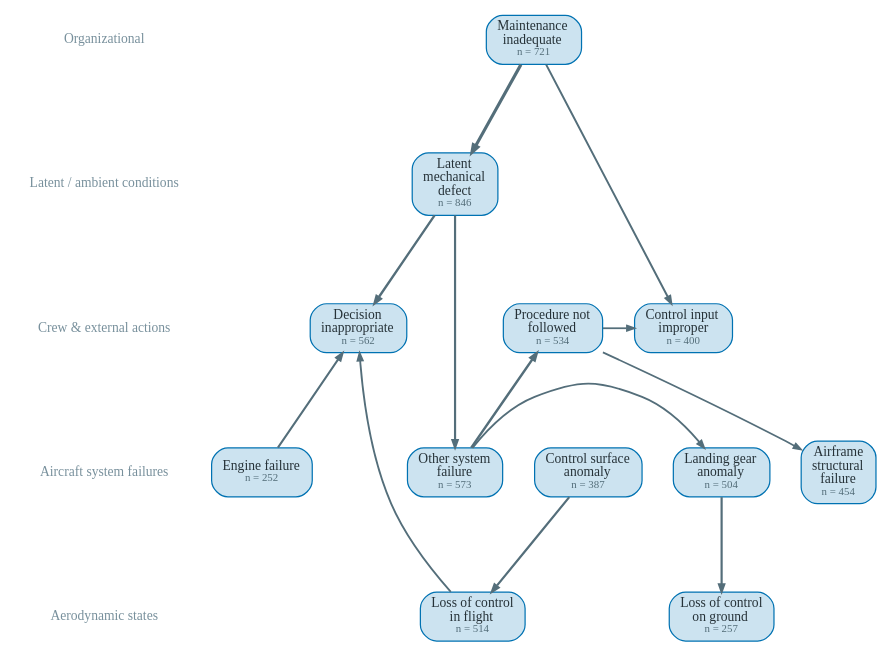
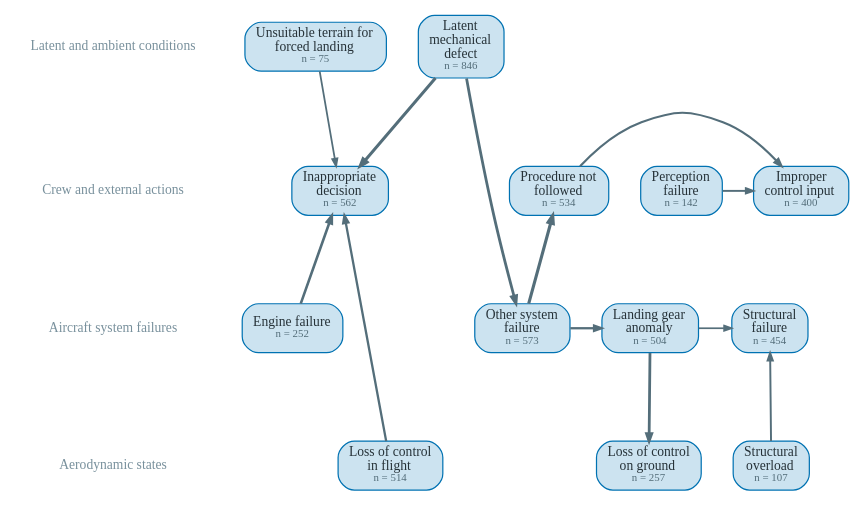
Before and after one commit to YutianPangASU/AviationSafetyReportKnowledgeGraph: the diagram in event_extraction/out/causation_kg/figures/dag_SCF-PP_top.gv, drawn with Graphviz. The commit also changed 13 other files, not shown here.

First line of the commit message:
Rename structural failure in figures, swap a PN case, document code map

```diff
--- a/event_extraction/out/causation_kg/figures/dag_SCF-PP_top.gv
+++ b/event_extraction/out/causation_kg/figures/dag_SCF-PP_top.gv
@@ -1,44 +1,42 @@
 digraph G {
   rankdir=TB; splines=spline; nodesep=0.32; ranksep=0.9;
   bgcolor="white";
   node [shape=box, style="rounded,filled", fillcolor="#CCE3F0", color="#0072B2", penwidth=0.9, fontname="Liberation Serif", fontsize=10, fontcolor="#263238", margin="0.11,0.06"];
   edge [color="#546E7A", arrowsize=0.55, fontname="Liberation Serif", fontsize=8, fontcolor="#546E7A"];
-  tier0 [shape=plaintext, style="", fillcolor=none, fontname="Liberation Serif Italic", fontsize=10, fontcolor="#78909C", label="Organizational"];
-  { rank=same; tier0; "MAINTENANCE_INADEQUATE" }
-  tier1 [shape=plaintext, style="", fillcolor=none, fontname="Liberation Serif Italic", fontsize=10, fontcolor="#78909C", label="Latent / ambient conditions"];
-  { rank=same; tier1; "LATENT_MECHANICAL_DEFECT" }
-  tier0 -> tier1 [style=invis];
-  tier3 [shape=plaintext, style="", fillcolor=none, fontname="Liberation Serif Italic", fontsize=10, fontcolor="#78909C", label="Crew & external actions"];
-  { rank=same; tier3; "DECISION_INAPPROPRIATE" "CONTROL_INPUT_IMPROPER" "PROCEDURE_NOT_FOLLOWED" }
+  tier1 [shape=plaintext, style="", fillcolor=none, fontname="Liberation Serif Italic", fontsize=10, fontcolor="#78909C", label="Latent and ambient conditions"];
+  { rank=same; tier1; "LATENT_MECHANICAL_DEFECT" "UNSUITABLE_TERRAIN_FOR_FORCED_LANDING" }
+  tier3 [shape=plaintext, style="", fillcolor=none, fontname="Liberation Serif Italic", fontsize=10, fontcolor="#78909C", label="Crew and external actions"];
+  { rank=same; tier3; "DECISION_INAPPROPRIATE" "CONTROL_INPUT_IMPROPER" "PROCEDURE_NOT_FOLLOWED" "PERCEPTION_FAILURE" }
   tier1 -> tier3 [style=invis];
   tier4 [shape=plaintext, style="", fillcolor=none, fontname="Liberation Serif Italic", fontsize=10, fontcolor="#78909C", label="Aircraft system failures"];
-  { rank=same; tier4; "ENGINE_FAILURE" "AIRFRAME_STRUCTURAL_FAILURE" "CONTROL_SURFACE_ANOMALY" "LANDING_GEAR_ANOMALY" "OTHER_SYSTEM_FAILURE" }
+  { rank=same; tier4; "ENGINE_FAILURE" "AIRFRAME_STRUCTURAL_FAILURE" "LANDING_GEAR_ANOMALY" "OTHER_SYSTEM_FAILURE" }
   tier3 -> tier4 [style=invis];
   tier5 [shape=plaintext, style="", fillcolor=none, fontname="Liberation Serif Italic", fontsize=10, fontcolor="#78909C", label="Aerodynamic states"];
-  { rank=same; tier5; "LOSS_OF_CONTROL_INFLIGHT" "LOSS_OF_CONTROL_GROUND" }
+  { rank=same; tier5; "LOSS_OF_CONTROL_INFLIGHT" "LOSS_OF_CONTROL_GROUND" "STRUCTURAL_OVERLOAD" }
   tier4 -> tier5 [style=invis];
-  "AIRFRAME_STRUCTURAL_FAILURE" [label=<Airframe<br/>structural<br/>failure<br/><font point-size="8" color="#546E7A">n = 454</font>>];
-  "CONTROL_INPUT_IMPROPER" [label=<Control input<br/>improper<br/><font point-size="8" color="#546E7A">n = 400</font>>];
-  "CONTROL_SURFACE_ANOMALY" [label=<Control surface<br/>anomaly<br/><font point-size="8" color="#546E7A">n = 387</font>>];
-  "DECISION_INAPPROPRIATE" [label=<Decision<br/>inappropriate<br/><font point-size="8" color="#546E7A">n = 562</font>>];
+  "AIRFRAME_STRUCTURAL_FAILURE" [label=<Structural<br/>failure<br/><font point-size="8" color="#546E7A">n = 454</font>>];
+  "CONTROL_INPUT_IMPROPER" [label=<Improper<br/>control input<br/><font point-size="8" color="#546E7A">n = 400</font>>];
+  "DECISION_INAPPROPRIATE" [label=<Inappropriate<br/>decision<br/><font point-size="8" color="#546E7A">n = 562</font>>];
   "ENGINE_FAILURE" [label=<Engine failure<br/><font point-size="8" color="#546E7A">n = 252</font>>];
   "LANDING_GEAR_ANOMALY" [label=<Landing gear<br/>anomaly<br/><font point-size="8" color="#546E7A">n = 504</font>>];
   "LATENT_MECHANICAL_DEFECT" [label=<Latent<br/>mechanical<br/>defect<br/><font point-size="8" color="#546E7A">n = 846</font>>];
   "LOSS_OF_CONTROL_GROUND" [label=<Loss of control<br/>on ground<br/><font point-size="8" color="#546E7A">n = 257</font>>];
   "LOSS_OF_CONTROL_INFLIGHT" [label=<Loss of control<br/>in flight<br/><font point-size="8" color="#546E7A">n = 514</font>>];
-  "MAINTENANCE_INADEQUATE" [label=<Maintenance<br/>inadequate<br/><font point-size="8" color="#546E7A">n = 721</font>>];
   "OTHER_SYSTEM_FAILURE" [label=<Other system<br/>failure<br/><font point-size="8" color="#546E7A">n = 573</font>>];
+  "PERCEPTION_FAILURE" [label=<Perception<br/>failure<br/><font point-size="8" color="#546E7A">n = 142</font>>];
   "PROCEDURE_NOT_FOLLOWED" [label=<Procedure not<br/>followed<br/><font point-size="8" color="#546E7A">n = 534</font>>];
-  "MAINTENANCE_INADEQUATE" -> "LATENT_MECHANICAL_DEFECT" [penwidth=2.30, style=solid, tooltip="MAINTENANCE_INADEQUATE -> LATENT_MECHANICAL_DEFECT: support 428, stability 0.37"];
-  "OTHER_SYSTEM_FAILURE" -> "PROCEDURE_NOT_FOLLOWED" [penwidth=1.79, style=solid, tooltip="OTHER_SYSTEM_FAILURE -> PROCEDURE_NOT_FOLLOWED: support 220, stability 0.53"];
-  "LATENT_MECHANICAL_DEFECT" -> "DECISION_INAPPROPRIATE" [penwidth=1.74, style=solid, tooltip="LATENT_MECHANICAL_DEFECT -> DECISION_INAPPROPRIATE: support 204, stability 0.67"];
-  "CONTROL_SURFACE_ANOMALY" -> "LOSS_OF_CONTROL_INFLIGHT" [penwidth=1.64, style=solid, tooltip="CONTROL_SURFACE_ANOMALY -> LOSS_OF_CONTROL_INFLIGHT: support 172, stability 0.10"];
-  "LANDING_GEAR_ANOMALY" -> "LOSS_OF_CONTROL_GROUND" [penwidth=1.61, style=solid, tooltip="LANDING_GEAR_ANOMALY -> LOSS_OF_CONTROL_GROUND: support 163, stability 0.57"];
-  "LATENT_MECHANICAL_DEFECT" -> "OTHER_SYSTEM_FAILURE" [penwidth=1.60, style=solid, tooltip="LATENT_MECHANICAL_DEFECT -> OTHER_SYSTEM_FAILURE: support 161, stability 0.97"];
-  "ENGINE_FAILURE" -> "DECISION_INAPPROPRIATE" [penwidth=1.50, style=solid, tooltip="ENGINE_FAILURE -> DECISION_INAPPROPRIATE: support 133, stability 0.83"];
-  "MAINTENANCE_INADEQUATE" -> "CONTROL_INPUT_IMPROPER" [penwidth=1.46, style=solid, tooltip="MAINTENANCE_INADEQUATE -> CONTROL_INPUT_IMPROPER: support 123, stability 0.40"];
-  "LOSS_OF_CONTROL_INFLIGHT" -> "DECISION_INAPPROPRIATE" [penwidth=1.37, style=solid, tooltip="LOSS_OF_CONTROL_INFLIGHT -> DECISION_INAPPROPRIATE: support 99, stability 0.83"];
-  "OTHER_SYSTEM_FAILURE" -> "LANDING_GEAR_ANOMALY" [penwidth=1.35, style=solid, tooltip="OTHER_SYSTEM_FAILURE -> LANDING_GEAR_ANOMALY: support 96, stability 1.00"];
-  "PROCEDURE_NOT_FOLLOWED" -> "CONTROL_INPUT_IMPROPER" [penwidth=1.29, style=solid, tooltip="PROCEDURE_NOT_FOLLOWED -> CONTROL_INPUT_IMPROPER: support 82, stability 0.80"];
-  "PROCEDURE_NOT_FOLLOWED" -> "AIRFRAME_STRUCTURAL_FAILURE" [penwidth=1.24, style=solid, tooltip="PROCEDURE_NOT_FOLLOWED -> AIRFRAME_STRUCTURAL_FAILURE: support 72, stability 0.07"];
+  "STRUCTURAL_OVERLOAD" [label=<Structural<br/>overload<br/><font point-size="8" color="#546E7A">n = 107</font>>];
+  "UNSUITABLE_TERRAIN_FOR_FORCED_LANDING" [label=<Unsuitable terrain for<br/>forced landing<br/><font point-size="8" color="#546E7A">n = 75</font>>];
+  "OTHER_SYSTEM_FAILURE" -> "PROCEDURE_NOT_FOLLOWED" [penwidth=2.30, style=solid, tooltip="OTHER_SYSTEM_FAILURE -> PROCEDURE_NOT_FOLLOWED: support 220, stability 0.53"];
+  "LATENT_MECHANICAL_DEFECT" -> "DECISION_INAPPROPRIATE" [penwidth=2.23, style=solid, tooltip="LATENT_MECHANICAL_DEFECT -> DECISION_INAPPROPRIATE: support 204, stability 0.67"];
+  "LANDING_GEAR_ANOMALY" -> "LOSS_OF_CONTROL_GROUND" [penwidth=2.05, style=solid, tooltip="LANDING_GEAR_ANOMALY -> LOSS_OF_CONTROL_GROUND: support 163, stability 0.57"];
+  "LATENT_MECHANICAL_DEFECT" -> "OTHER_SYSTEM_FAILURE" [penwidth=2.04, style=solid, tooltip="LATENT_MECHANICAL_DEFECT -> OTHER_SYSTEM_FAILURE: support 161, stability 0.97"];
+  "ENGINE_FAILURE" -> "DECISION_INAPPROPRIATE" [penwidth=1.90, style=solid, tooltip="ENGINE_FAILURE -> DECISION_INAPPROPRIATE: support 133, stability 0.83"];
+  "LOSS_OF_CONTROL_INFLIGHT" -> "DECISION_INAPPROPRIATE" [penwidth=1.71, style=solid, tooltip="LOSS_OF_CONTROL_INFLIGHT -> DECISION_INAPPROPRIATE: support 99, stability 0.83"];
+  "OTHER_SYSTEM_FAILURE" -> "LANDING_GEAR_ANOMALY" [penwidth=1.69, style=solid, tooltip="OTHER_SYSTEM_FAILURE -> LANDING_GEAR_ANOMALY: support 96, stability 1.00"];
+  "PROCEDURE_NOT_FOLLOWED" -> "CONTROL_INPUT_IMPROPER" [penwidth=1.60, style=solid, tooltip="PROCEDURE_NOT_FOLLOWED -> CONTROL_INPUT_IMPROPER: support 82, stability 0.80"];
+  "STRUCTURAL_OVERLOAD" -> "AIRFRAME_STRUCTURAL_FAILURE" [penwidth=1.43, style=solid, tooltip="STRUCTURAL_OVERLOAD -> AIRFRAME_STRUCTURAL_FAILURE: support 59, stability 0.80"];
+  "PERCEPTION_FAILURE" -> "CONTROL_INPUT_IMPROPER" [penwidth=1.42, style=solid, tooltip="PERCEPTION_FAILURE -> CONTROL_INPUT_IMPROPER: support 58, stability 0.83"];
+  "UNSUITABLE_TERRAIN_FOR_FORCED_LANDING" -> "DECISION_INAPPROPRIATE" [penwidth=1.31, style=solid, tooltip="UNSUITABLE_TERRAIN_FOR_FORCED_LANDING -> DECISION_INAPPROPRIATE: support 45, stability 0.77"];
+  "LANDING_GEAR_ANOMALY" -> "AIRFRAME_STRUCTURAL_FAILURE" [penwidth=1.25, style=solid, tooltip="LANDING_GEAR_ANOMALY -> AIRFRAME_STRUCTURAL_FAILURE: support 38, stability 0.90"];
 }
```
